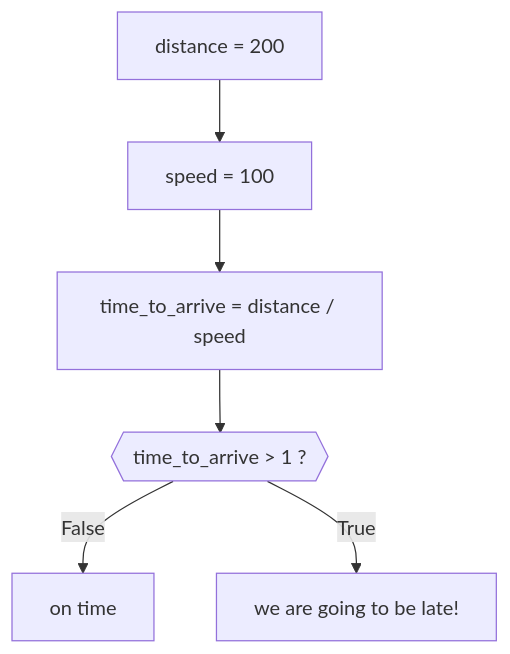
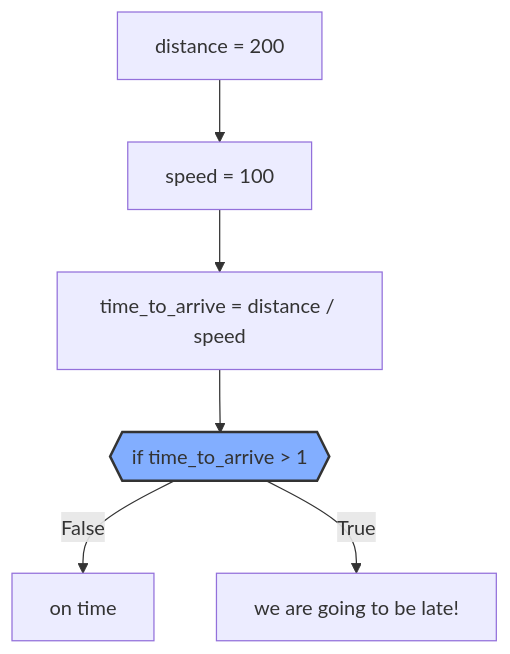
The diagram in book/chapters/01_intro/introduction.qmd (hanoufalmogri/python), drawn with Mermaid before and after one commit. The commit also changed other lines of this file and 1 other file, not shown here.

Commit message:
Review intro

````diff
--- a/book/chapters/01_intro/introduction.qmd
+++ b/book/chapters/01_intro/introduction.qmd
@@ -140,6 +140,8 @@
 ```{mermaid}
 flowchart TD
-    B[distance = 200] --> C[speed = 100] --> D[time_to_arrive = distance / speed] --> IF1{{time_to_arrive > 1 ?}}
+    B[distance = 200] --> C[speed = 100] --> D[time_to_arrive = distance / speed] --> IF1{{"if time_to_arrive > 1"}}
     IF1 -->|False| X["on time"]
     IF1 -->|True| Y["we are going to be late!"]
+
+    style IF1 fill:#82aeff, stroke:#333, stroke-width:2px;
 ```
````
